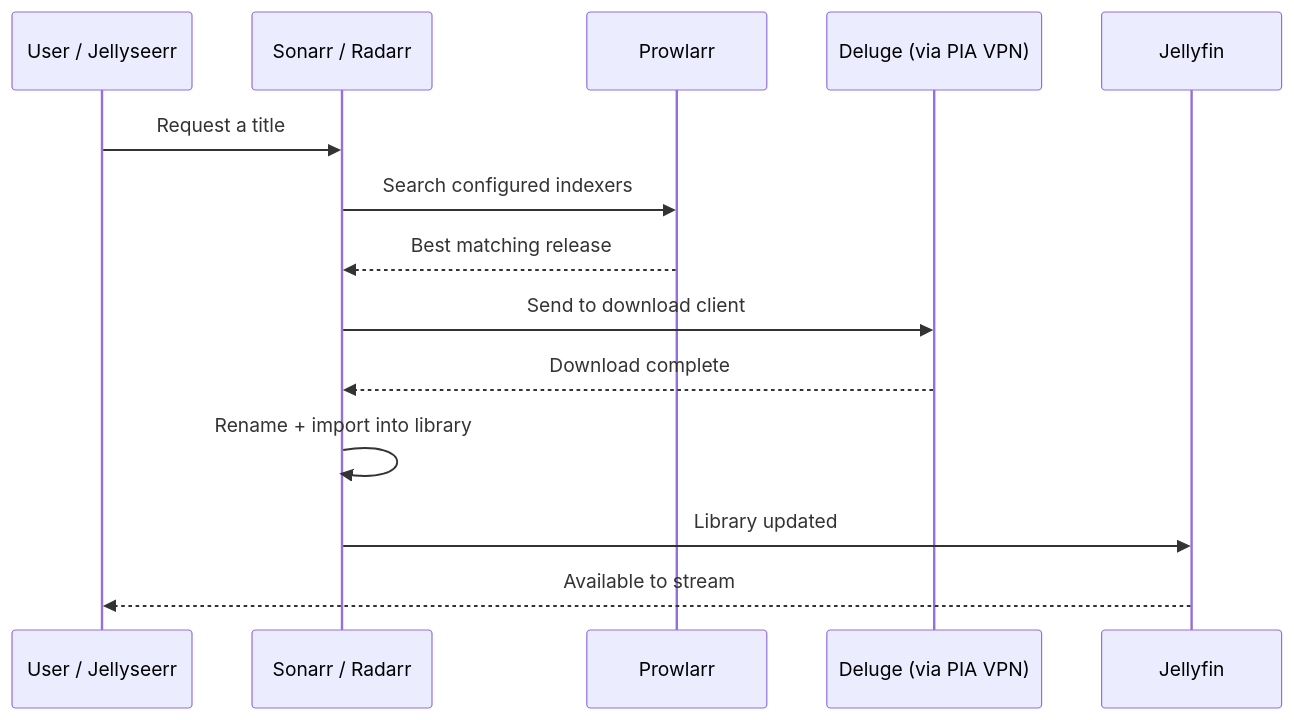
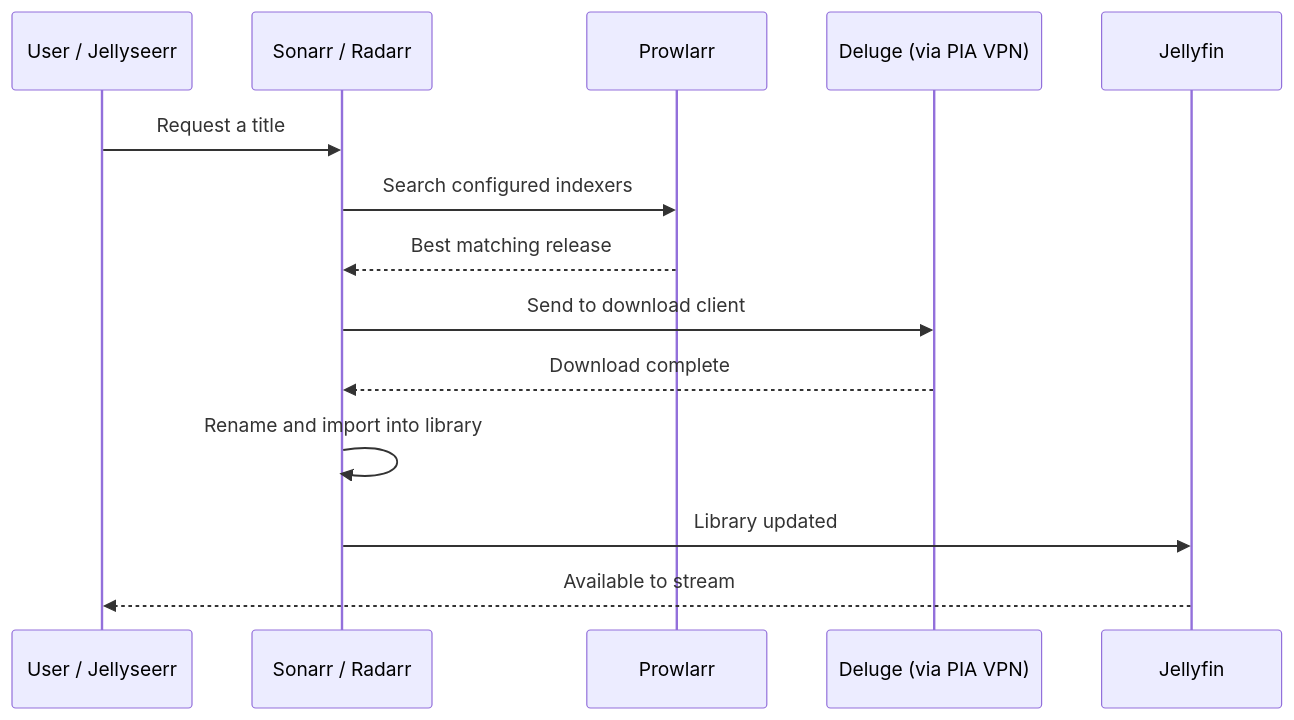
Before and after one commit to samcolmanetti/home-server: the second of 2 diagrams in README.md, drawn with Mermaid. The commit also changed other lines of this file, not shown here.

````diff
--- a/README.md
+++ b/README.md
@@ -188,17 +187,17 @@
 ```mermaid
 sequenceDiagram
   participant U as User / Jellyseerr
   participant ARR as Sonarr / Radarr
   participant P as Prowlarr
   participant DL as Deluge (via PIA VPN)
   participant M as Jellyfin
 
   U->>ARR: Request a title
   ARR->>P: Search configured indexers
   P-->>ARR: Best matching release
   ARR->>DL: Send to download client
   DL-->>ARR: Download complete
-  ARR->>ARR: Rename + import into library
+  ARR->>ARR: Rename and import into library
   ARR->>M: Library updated
   M-->>U: Available to stream
 ```
````
